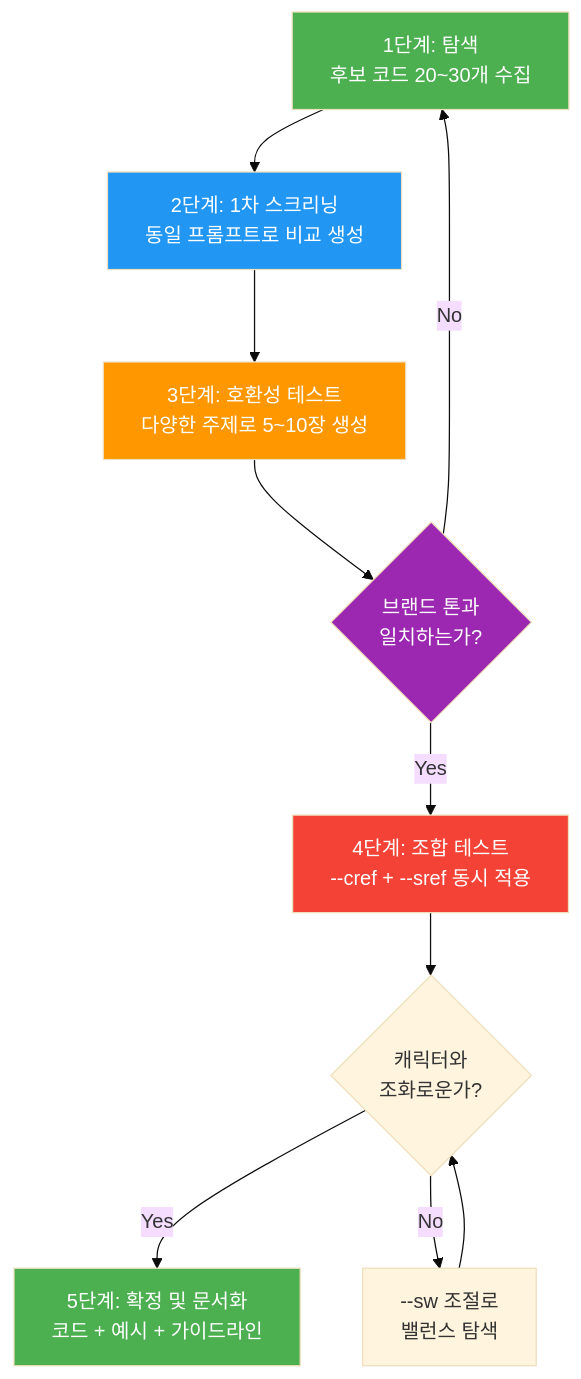
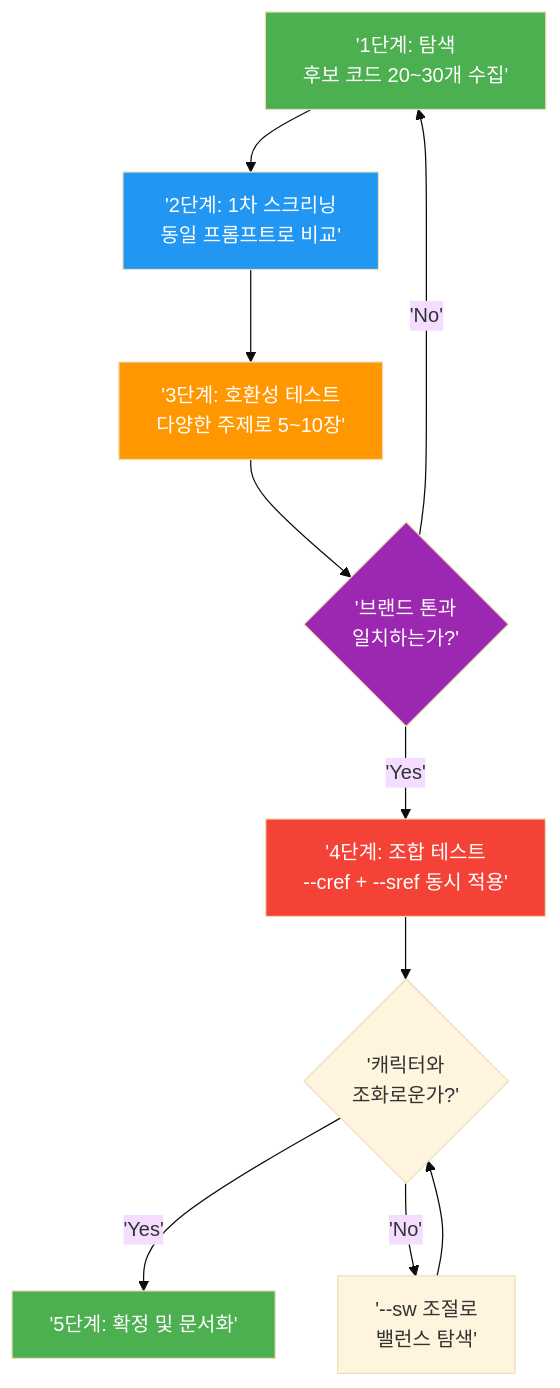
Before and after one commit to jsonpassion/forge-tutorial-promptcanvas: the third of 3 diagrams in 08-ch8-캐릭터브랜드-스타일-일관성-유지/03-03-브랜드-스타일-가이드-구축.md, drawn with Mermaid (base theme). The commit also changed other lines of this file and 63 other files, not shown here.

````diff
--- a/08-ch8-캐릭터브랜드-스타일-일관성-유지/03-03-브랜드-스타일-가이드-구축.md
+++ b/08-ch8-캐릭터브랜드-스타일-일관성-유지/03-03-브랜드-스타일-가이드-구축.md
@@ -123,19 +101,19 @@
 ```mermaid
 flowchart TD
-    A["1단계: 탐색<br/>후보 코드 20~30개 수집"] --> B["2단계: 1차 스크리닝<br/>동일 프롬프트로 비교 생성"]
-    B --> C["3단계: 호환성 테스트<br/>다양한 주제로 5~10장 생성"]
-    C --> D{"브랜드 톤과<br/>일치하는가?"}
-    D -->|"Yes"| E["4단계: 조합 테스트<br/>--cref + --sref 동시 적용"]
-    D -->|"No"| A
-    E --> F{"캐릭터와<br/>조화로운가?"}
-    F -->|"Yes"| G["5단계: 확정 및 문서화<br/>코드 + 예시 + 가이드라인"]
-    F -->|"No"| H["--sw 조절로<br/>밸런스 탐색"]
+    A['1단계: 탐색<br/>후보 코드 20~30개 수집'] --> B['2단계: 1차 스크리닝<br/>동일 프롬프트로 비교']
+    B --> C['3단계: 호환성 테스트<br/>다양한 주제로 5~10장']
+    C --> D{'브랜드 톤과<br/>일치하는가?'}
+    D -->|'Yes'| E['4단계: 조합 테스트<br/>--cref + --sref 동시 적용']
+    D -->|'No'| A
+    E --> F{'캐릭터와<br/>조화로운가?'}
+    F -->|'Yes'| G['5단계: 확정 및 문서화']
+    F -->|'No'| H['--sw 조절로<br/>밸런스 탐색']
     H --> F
 
     style A fill:#4CAF50,color:#fff
     style B fill:#2196F3,color:#fff
     style C fill:#FF9800,color:#fff
     style D fill:#9C27B0,color:#fff
     style E fill:#F44336,color:#fff
     style G fill:#4CAF50,color:#fff
 ```
````
